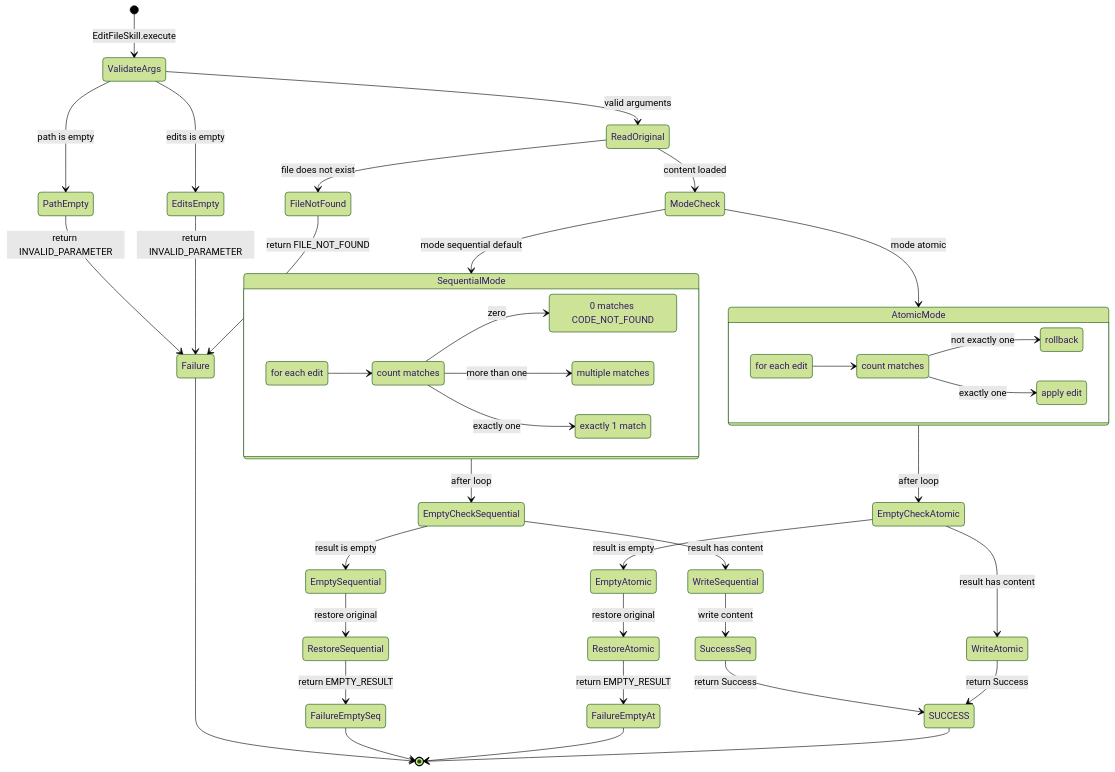
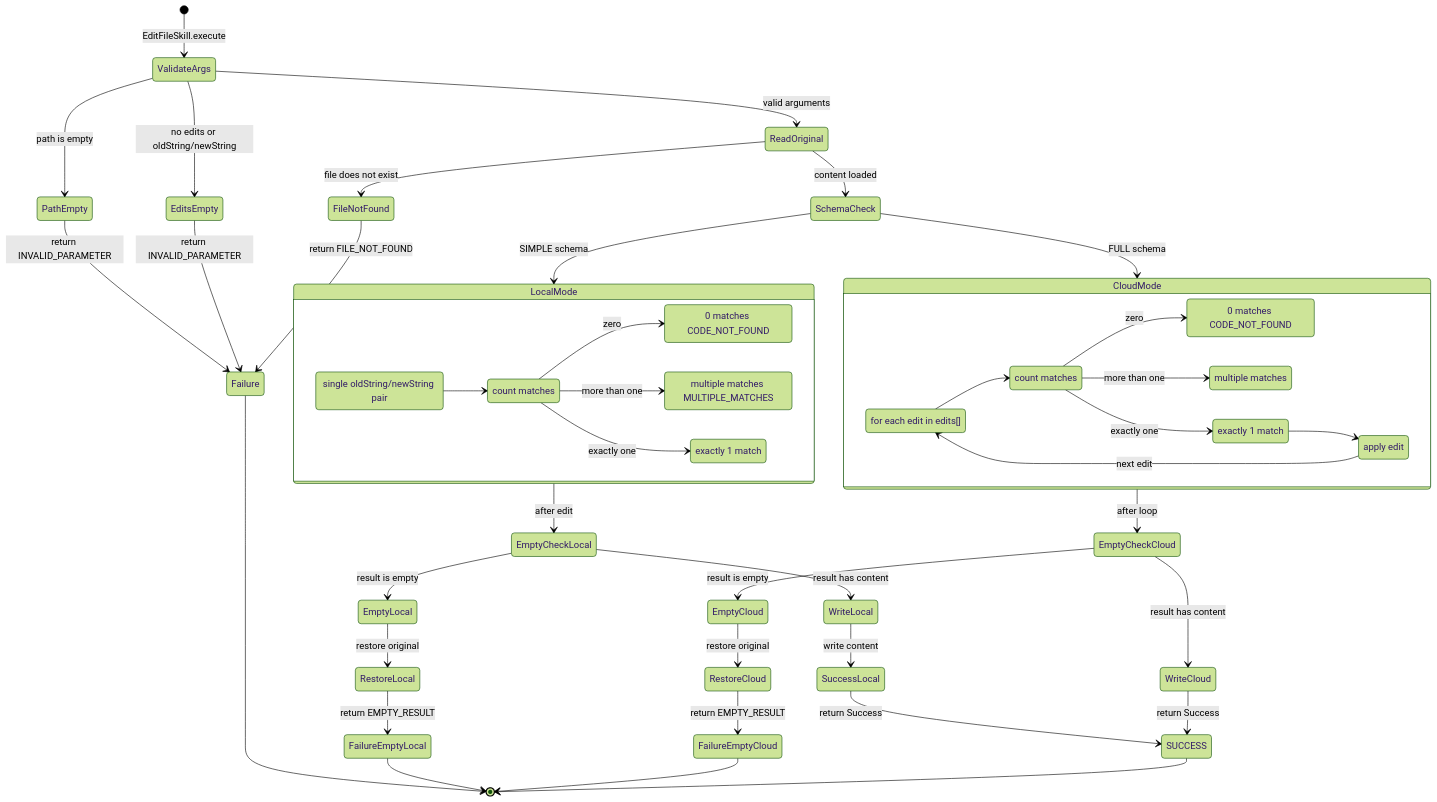
One commit to lg841226/Gradum changed diagram 12 of 29 in docs/ARCHITECTURE.md. Above: the diagram before and after it, drawn with Mermaid (forest theme). The commit also changed other lines of this file and 2 other files, not shown here.

````diff
--- a/docs/ARCHITECTURE.md
+++ b/docs/ARCHITECTURE.md
@@ -731,56 +738,63 @@
 ```mermaid
 stateDiagram-v2
     [*] --> ValidateArgs: EditFileSkill.execute
     ValidateArgs --> PathEmpty: path is empty
-    ValidateArgs --> EditsEmpty: edits is empty
+    ValidateArgs --> EditsEmpty: no edits or oldString/newString
     ValidateArgs --> ReadOriginal: valid arguments
     PathEmpty --> Failure: return INVALID_PARAMETER
     EditsEmpty --> Failure: return INVALID_PARAMETER
     ReadOriginal --> FileNotFound: file does not exist
     FileNotFound --> Failure: return FILE_NOT_FOUND
-    ReadOriginal --> ModeCheck: content loaded
-    ModeCheck --> SequentialMode: mode sequential default
-    ModeCheck --> AtomicMode: mode atomic
+    ReadOriginal --> SchemaCheck: content loaded
 
-    state SequentialMode {
+    state SchemaCheck <<choice>>
+    SchemaCheck --> LocalMode: SIMPLE schema
+    SchemaCheck --> CloudMode: FULL schema
+
+    state LocalMode {
         direction LR
-        S1: for each edit
-        S2: count matches
-        S3: 0 matches CODE_NOT_FOUND
-        S4: multiple matches
-        S5: exactly 1 match
-        S1 --> S2
-        S2 --> S3: zero
-        S2 --> S4: more than one
-        S2 --> S5: exactly one
+        L1: single oldString/newString pair
+        L2: count matches
+        L3: 0 matches CODE_NOT_FOUND
+        L4: multiple matches MULTIPLE_MATCHES
+        L5: exactly 1 match
+        L1 --> L2
+        L2 --> L3: zero
+        L2 --> L4: more than one
+        L2 --> L5: exactly one
     }
 
-    state AtomicMode {
+    state CloudMode {
         direction LR
-        A1: for each edit
-        A2: count matches
-        A3: rollback
-        A4: apply edit
-        A1 --> A2
-        A2 --> A3: not exactly one
-        A2 --> A4: exactly one
+        C1: for each edit in edits[]
+        C2: count matches
+        C3: 0 matches CODE_NOT_FOUND
+        C4: multiple matches
+        C5: exactly 1 match
+        C6: apply edit
+        C1 --> C2
+        C2 --> C3: zero
+        C2 --> C4: more than one
+        C2 --> C5: exactly one
+        C5 --> C6
+        C6 --> C1: next edit
     }
 
-    SequentialMode --> EmptyCheckSequential: after loop
-    AtomicMode --> EmptyCheckAtomic: after loop
-    EmptyCheckSequential --> EmptySequential: result is empty
-    EmptyCheckSequential --> WriteSequential: result has content
-    EmptySequential --> RestoreSequential: restore original
-    RestoreSequential --> FailureEmptySeq: return EMPTY_RESULT
-    WriteSequential --> SuccessSeq: write content
-    SuccessSeq --> SUCCESS: return Success
-    EmptyCheckAtomic --> EmptyAtomic: result is empty
-    EmptyCheckAtomic --> WriteAtomic: result has content
-    EmptyAtomic --> RestoreAtomic: restore original
-    RestoreAtomic --> FailureEmptyAt: return EMPTY_RESULT
-    WriteAtomic --> SUCCESS: return Success
+    LocalMode --> EmptyCheckLocal: after edit
+    CloudMode --> EmptyCheckCloud: after loop
+    EmptyCheckLocal --> EmptyLocal: result is empty
+    EmptyCheckLocal --> WriteLocal: result has content
+    EmptyLocal --> RestoreLocal: restore original
+    RestoreLocal --> FailureEmptyLocal: return EMPTY_RESULT
+    WriteLocal --> SuccessLocal: write content
+    SuccessLocal --> SUCCESS: return Success
+    EmptyCheckCloud --> EmptyCloud: result is empty
+    EmptyCheckCloud --> WriteCloud: result has content
+    EmptyCloud --> RestoreCloud: restore original
+    RestoreCloud --> FailureEmptyCloud: return EMPTY_RESULT
+    WriteCloud --> SUCCESS: return Success
     Failure --> [*]
-    FailureEmptySeq --> [*]
-    FailureEmptyAt --> [*]
+    FailureEmptyLocal --> [*]
+    FailureEmptyCloud --> [*]
     SUCCESS --> [*]
 ```
````
